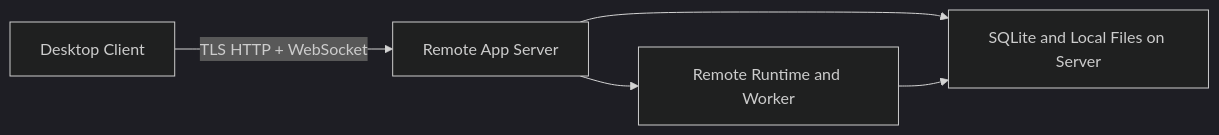
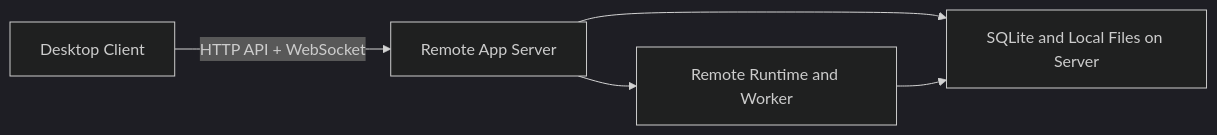
Before and after one commit to a1457139709/red_agent: diagram 11 of 11 in docs/architecture/control-center-target-architecture.zh.md, drawn with Mermaid (dark theme). The commit also changed other lines of this file and 19 other files, not shown here.

````diff
--- a/docs/architecture/control-center-target-architecture.zh.md
+++ b/docs/architecture/control-center-target-architecture.zh.md
@@ -582,12 +591,12 @@
 ```mermaid
 graph LR
     Client[Desktop Client]
     Server[Remote App Server]
     Runtime[Remote Runtime and Worker]
     DB[SQLite and Local Files on Server]
 
-    Client -->|TLS HTTP + WebSocket| Server
+    Client -->|HTTP API + WebSocket| Server
     Server --> Runtime
     Server --> DB
     Runtime --> DB
 ```
````
